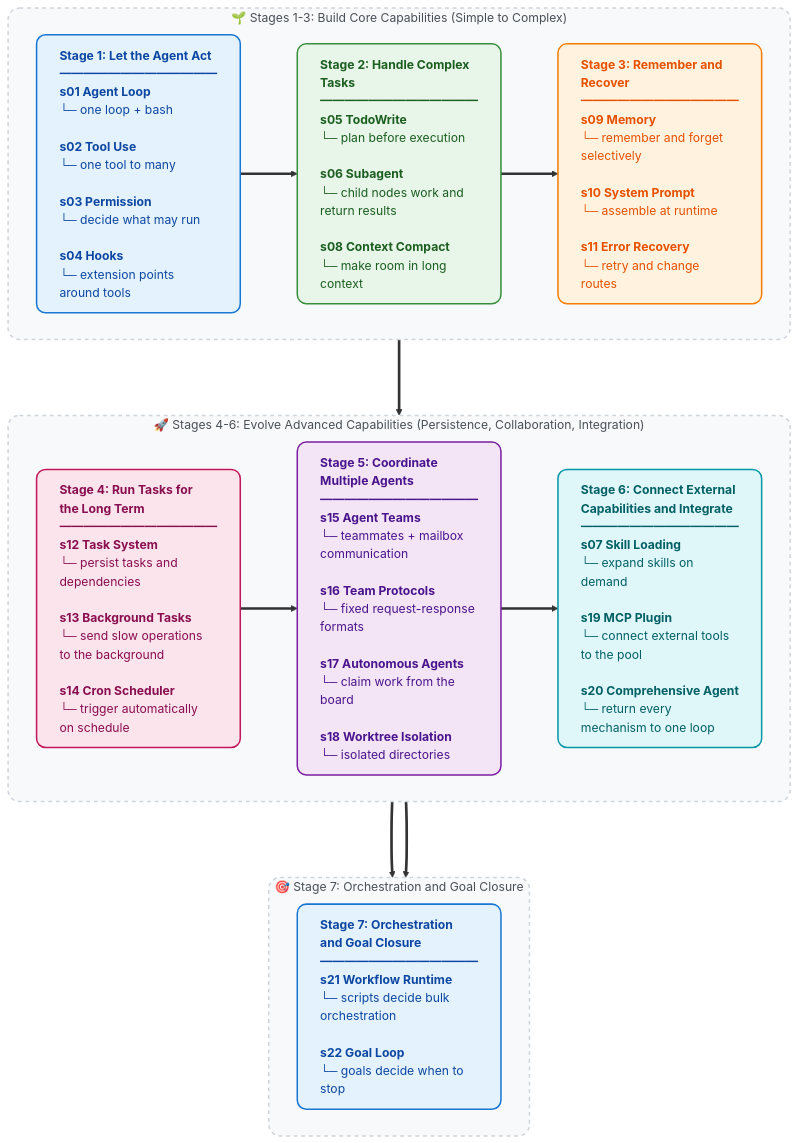
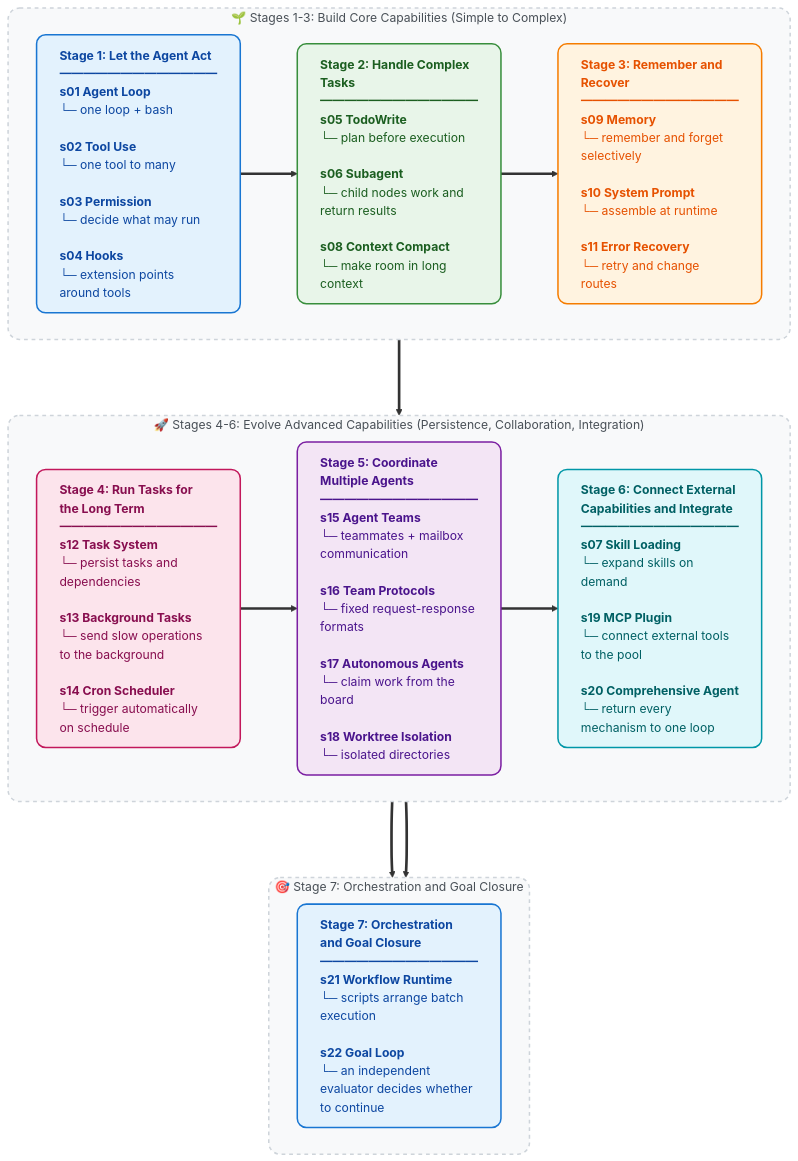
One commit to Bill-Billion/learn-claude-code changed the diagram in README.md. Above: the diagram before and after it, drawn with Mermaid. The commit also changed other lines of this file and 58 other files, not shown here.

````diff
--- a/README.md
+++ b/README.md
@@ -316,51 +318,51 @@
 ```mermaid
 flowchart TD
     %% Shared card styles; text-align:left keeps lists aligned
     classDef stage1 fill:#E3F2FD,stroke:#1976D2,stroke-width:2px,color:#0D47A1,rx:12,ry:12,text-align:left
     classDef stage2 fill:#E8F5E9,stroke:#388E3C,stroke-width:2px,color:#1B5E20,rx:12,ry:12,text-align:left
     classDef stage3 fill:#FFF3E0,stroke:#F57C00,stroke-width:2px,color:#E65100,rx:12,ry:12,text-align:left
     classDef stage4 fill:#FCE4EC,stroke:#C2185b,stroke-width:2px,color:#880E4F,rx:12,ry:12,text-align:left
     classDef stage5 fill:#F3E5F5,stroke:#7B1FA2,stroke-width:2px,color:#4A148C,rx:12,ry:12,text-align:left
     classDef stage6 fill:#E0F7FA,stroke:#0097A7,stroke-width:2px,color:#006064,rx:12,ry:12,text-align:left
 
     %% Background group style
     classDef groupBox fill:#F8F9FA,stroke:#CED4DA,stroke-width:2px,stroke-dasharray: 5 5,rx:15,ry:15,color:#495057
 
     %% First row: stages 1-3
     subgraph Phase1 ["🌱 Stages 1-3: Build Core Capabilities (Simple to Complex)"]
         direction LR
         S1["<b>Stage 1: Let the Agent Act</b><br/>━━━━━━━━━━━━━<br/><b>s01 Agent Loop</b><br/>└─ one loop + bash<br/><br/><b>s02 Tool Use</b><br/>└─ one tool to many<br/><br/><b>s03 Permission</b><br/>└─ decide what may run<br/><br/><b>s04 Hooks</b><br/>└─ extension points around tools"]:::stage1
 
         S2["<b>Stage 2: Handle Complex Tasks</b><br/>━━━━━━━━━━━━━<br/><b>s05 TodoWrite</b><br/>└─ plan before execution<br/><br/><b>s06 Subagent</b><br/>└─ child nodes work and return results<br/><br/><b>s08 Context Compact</b><br/>└─ make room in long context"]:::stage2
 
         S3["<b>Stage 3: Remember and Recover</b><br/>━━━━━━━━━━━━━<br/><b>s09 Memory</b><br/>└─ remember and forget selectively<br/><br/><b>s10 System Prompt</b><br/>└─ assemble at runtime<br/><br/><b>s11 Error Recovery</b><br/>└─ retry and change routes"]:::stage3
 
         S1 ==> S2 ==> S3
     end
 
     %% Second row: stages 4-6
     subgraph Phase2 ["🚀 Stages 4-6: Evolve Advanced Capabilities (Persistence, Collaboration, Integration)"]
         direction LR
         S4["<b>Stage 4: Run Tasks for the Long Term</b><br/>━━━━━━━━━━━━━<br/><b>s12 Task System</b><br/>└─ persist tasks and dependencies<br/><br/><b>s13 Background Tasks</b><br/>└─ send slow operations to the background<br/><br/><b>s14 Cron Scheduler</b><br/>└─ trigger automatically on schedule"]:::stage4
 
         S5["<b>Stage 5: Coordinate Multiple Agents</b><br/>━━━━━━━━━━━━━<br/><b>s15 Agent Teams</b><br/>└─ teammates + mailbox communication<br/><br/><b>s16 Team Protocols</b><br/>└─ fixed request-response formats<br/><br/><b>s17 Autonomous Agents</b><br/>└─ claim work from the board<br/><br/><b>s18 Worktree Isolation</b><br/>└─ isolated directories"]:::stage5
 
         S6["<b>Stage 6: Connect External Capabilities and Integrate</b><br/>━━━━━━━━━━━━━<br/><b>s07 Skill Loading</b><br/>└─ expand skills on demand<br/><br/><b>s19 MCP Plugin</b><br/>└─ connect external tools to the pool<br/><br/><b>s20 Comprehensive Agent</b><br/>└─ return every mechanism to one loop"]:::stage6
 
         S4 ==> S5 ==> S6
     end
 
     %% Third row: stage 7
     subgraph Phase3 ["🎯 Stage 7: Orchestration and Goal Closure"]
         direction LR
-        S7["<b>Stage 7: Orchestration and Goal Closure</b><br/>━━━━━━━━━━━━━<br/><b>s21 Workflow Runtime</b><br/>└─ scripts decide bulk orchestration<br/><br/><b>s22 Goal Loop</b><br/>└─ goals decide when to stop"]:::stage1
+        S7["<b>Stage 7: Orchestration and Goal Closure</b><br/>━━━━━━━━━━━━━<br/><b>s21 Workflow Runtime</b><br/>└─ scripts arrange batch execution<br/><br/><b>s22 Goal Loop</b><br/>└─ an independent evaluator decides whether to continue"]:::stage1
 
         S6 ==> S7
     end
 
     %% Connect modules into a Z-shaped reading flow
     Phase1 ===> Phase2 ===> Phase3
 
     %% Apply background styles
     class Phase1,Phase2,Phase3 groupBox
 ```
````
